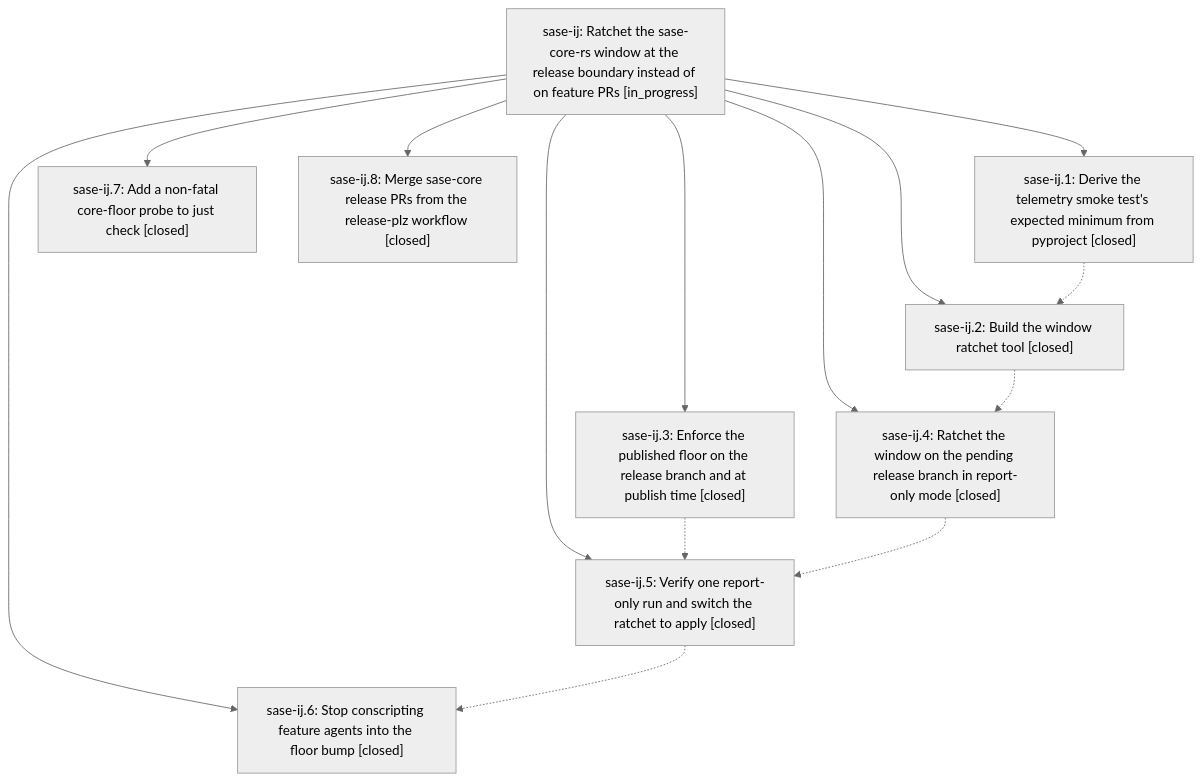
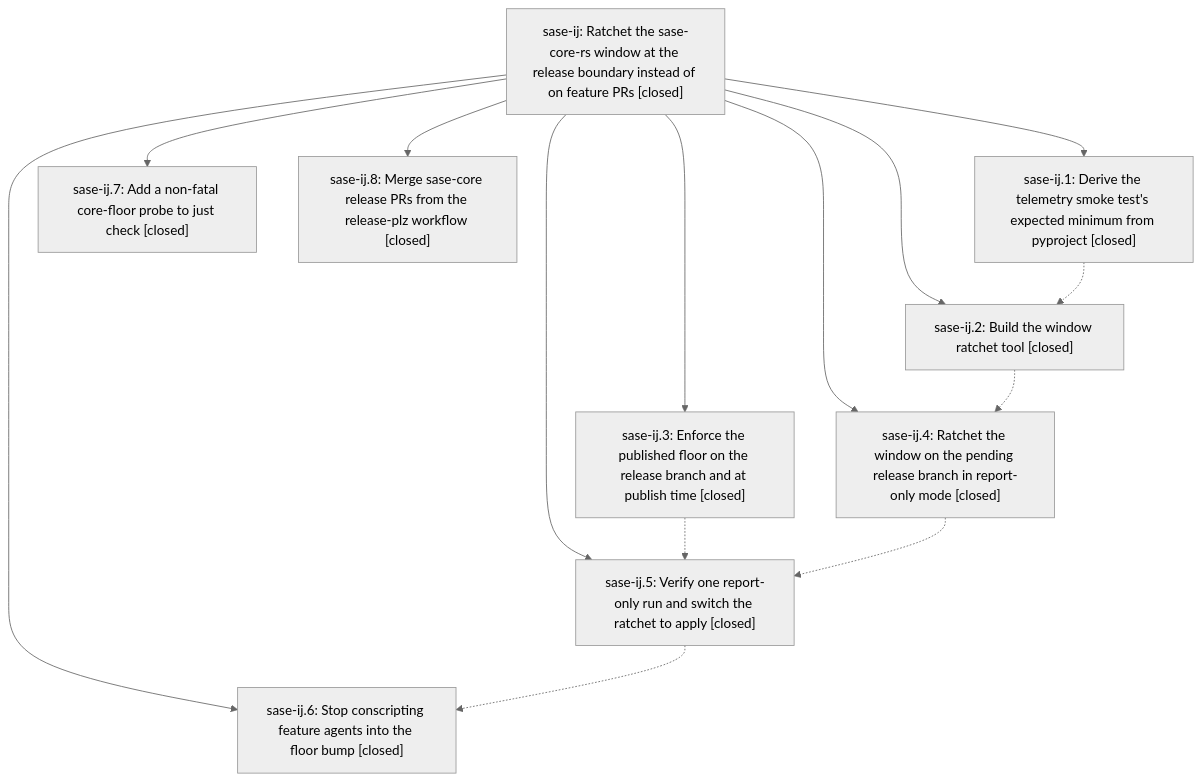
One commit to sase-org/sase--beads changed the diagram in pages/sase-ij/README.md. Above: the diagram before and after it, drawn with Mermaid (neutral theme). The commit also changed other lines of this file, not shown here.

First line of the commit message:
chore(beads): sync bead state and pages for sase-ij

````diff
--- a/pages/sase-ij/README.md
+++ b/pages/sase-ij/README.md
@@ -35,25 +163,25 @@
 ```mermaid
 flowchart TD
-    n0["sase-ij: Ratchet the sase-core-rs window at the release boundary instead of on feature PRs [in_progress]"]
+    n0["sase-ij: Ratchet the sase-core-rs window at the release boundary instead of on feature PRs [closed]"]
     n1["sase-ij.1: Derive the telemetry smoke test's expected minimum from pyproject [closed]"]
     n2["sase-ij.2: Build the window ratchet tool [closed]"]
     n3["sase-ij.3: Enforce the published floor on the release branch and at publish time [closed]"]
     n4["sase-ij.4: Ratchet the window on the pending release branch in report-only mode [closed]"]
     n5["sase-ij.5: Verify one report-only run and switch the ratchet to apply [closed]"]
     n6["sase-ij.6: Stop conscripting feature agents into the floor bump [closed]"]
     n7["sase-ij.7: Add a non-fatal core-floor probe to just check [closed]"]
     n8["sase-ij.8: Merge sase-core release PRs from the release-plz workflow [closed]"]
     n0 --> n1
     n0 --> n2
     n0 --> n3
     n0 --> n4
     n0 --> n5
     n0 --> n6
     n0 --> n7
     n0 --> n8
     n1 -.-> n2
     n2 -.-> n4
     n3 -.-> n5
     n4 -.-> n5
     n5 -.-> n6
 ```
````
